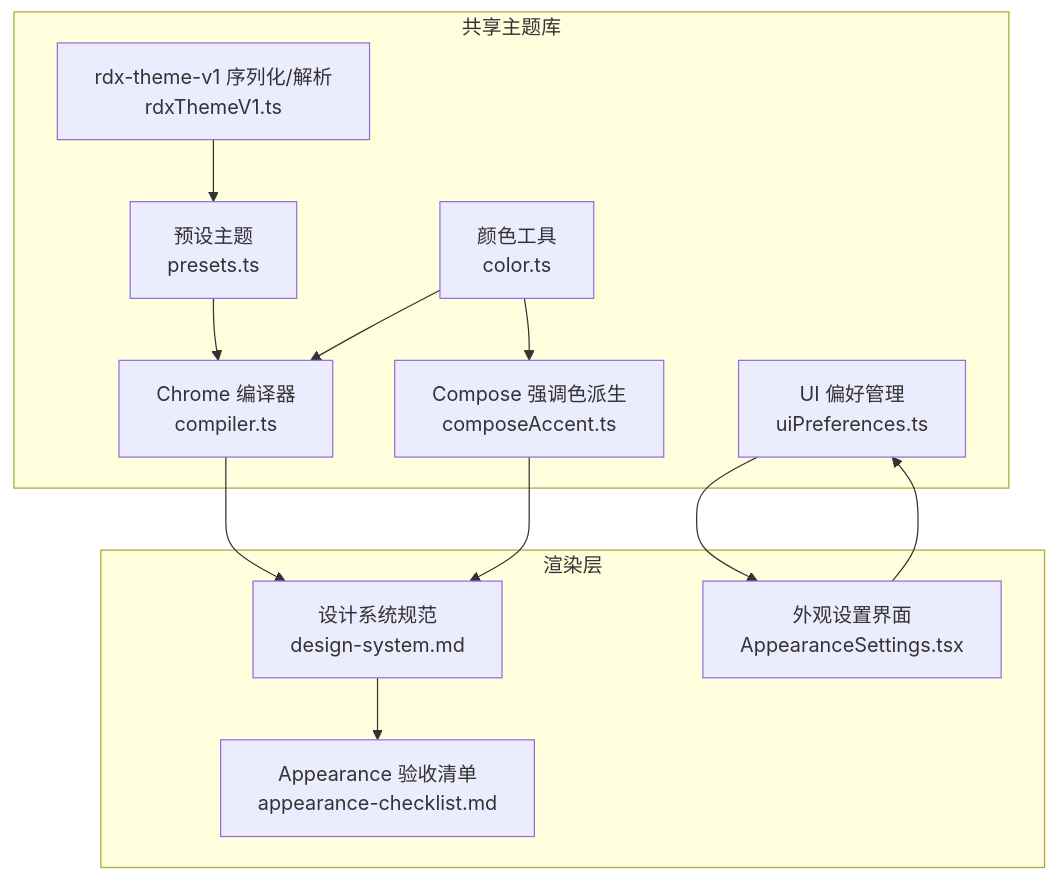
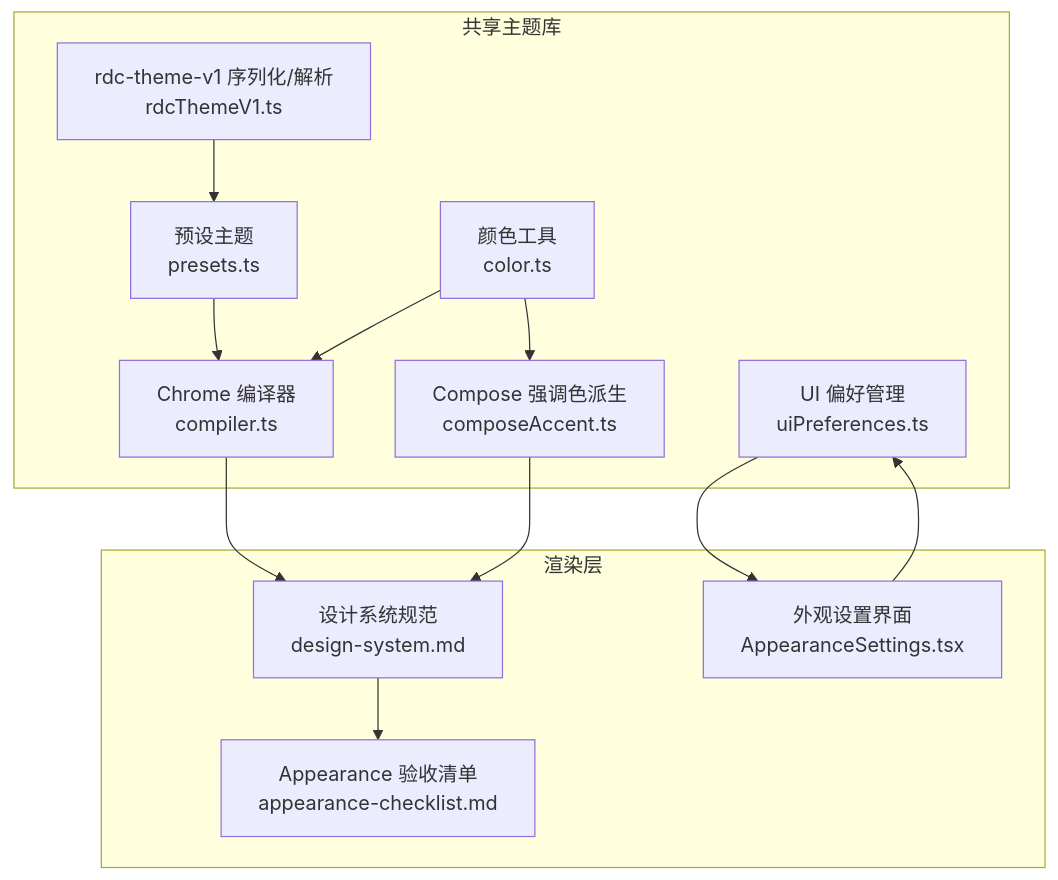
One commit to haolange/RDC-Agent changed the first of 3 diagrams in .qoder/repowiki/zh/content/用户界面/设置面板/外观设置.md. Above: the diagram before and after it, drawn with Mermaid. The commit also changed other lines of this file and 557 other files, not shown here.

````diff
--- a/.qoder/repowiki/zh/content/用户界面/设置面板/外观设置.md
+++ b/.qoder/repowiki/zh/content/用户界面/设置面板/外观设置.md
@@ -46,25 +46,25 @@
 ```mermaid
 graph TB
 subgraph "共享主题库"
 P["预设主题<br/>presets.ts"]
 C["颜色工具<br/>color.ts"]
 K["Chrome 编译器<br/>compiler.ts"]
 A["Compose 强调色派生<br/>composeAccent.ts"]
-V["rdx-theme-v1 序列化/解析<br/>rdxThemeV1.ts"]
+V["rdc-theme-v1 序列化/解析<br/>rdcThemeV1.ts"]
 U["UI 偏好管理<br/>uiPreferences.ts"]
 end
 subgraph "渲染层"
 DS["设计系统规范<br/>design-system.md"]
 AC["Appearance 验收清单<br/>appearance-checklist.md"]
 AS["外观设置界面<br/>AppearanceSettings.tsx"]
 end
 P --> K
 C --> K
 C --> A
 V --> P
 U --> AS
 K --> DS
 A --> DS
 DS --> AC
 AS --> U
 ```
````
